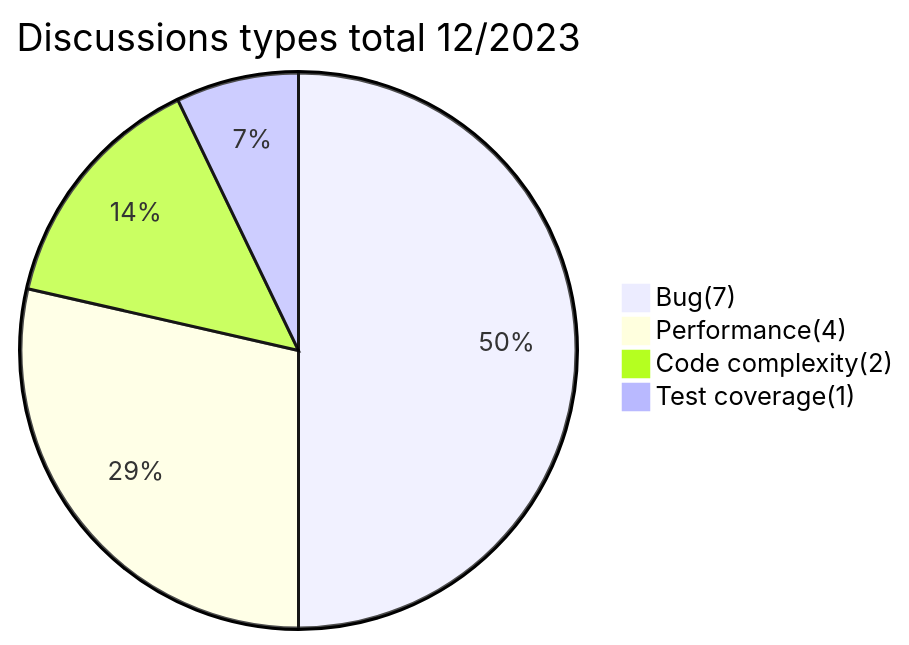
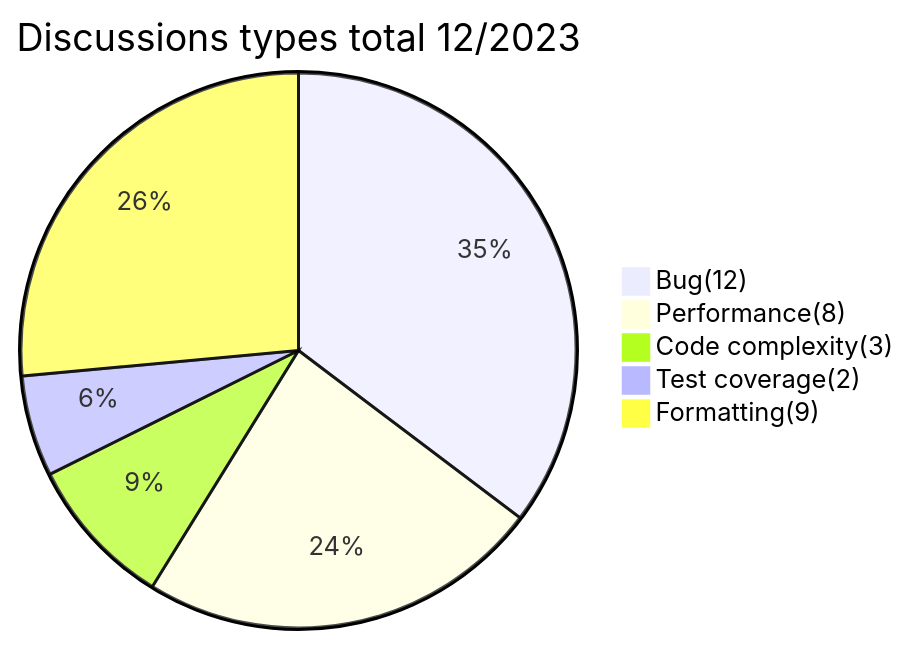
Before and after one commit to AlexSim93/pull-request-analytics-action: the diagram in README.md, drawn with Mermaid. The commit also changed other lines of this file, not shown here.

````diff
--- a/README.md
+++ b/README.md
@@ -82,8 +90,9 @@
 ```mermaid
 pie
 title Discussions types total 12/2023
-"Bug(7)":7
-"Performance(4)":4
-"Code complexity(2)":2
-"Test coverage(1)":1
+"Bug(12)":12
+"Performance(8)":8
+"Code complexity(3)":3
+"Test coverage(2)":2
+"Formatting(9)":9
 ```
````
